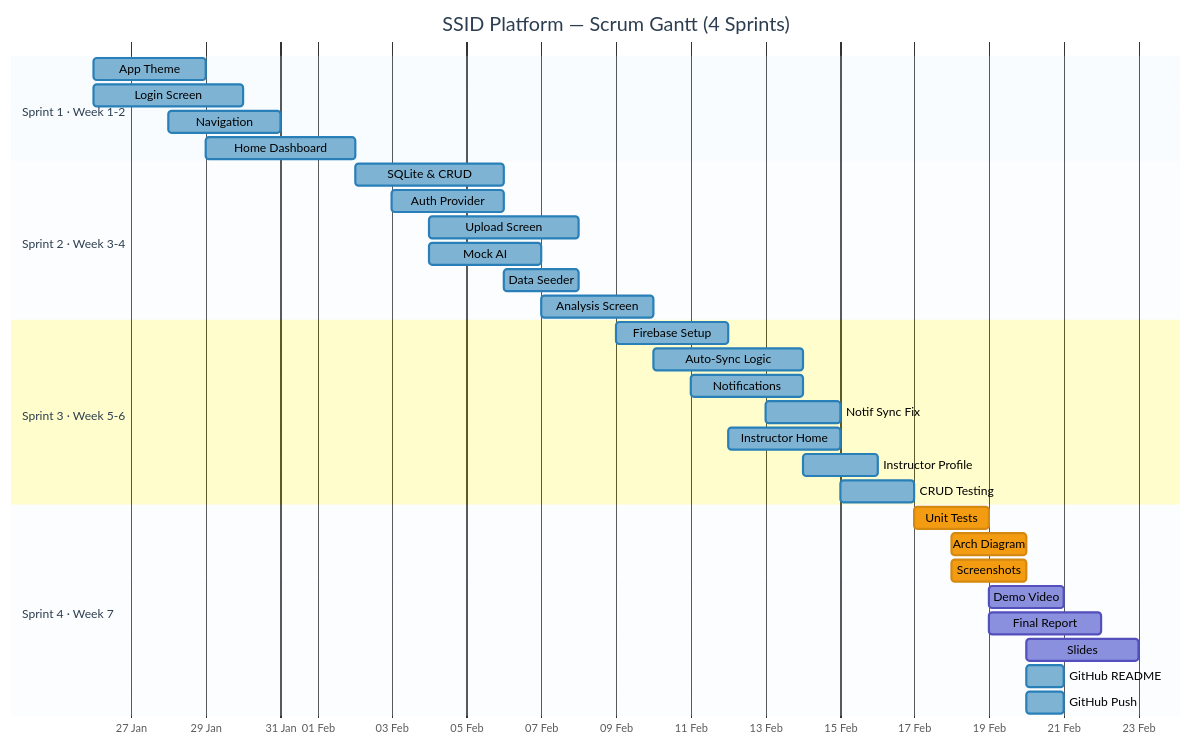
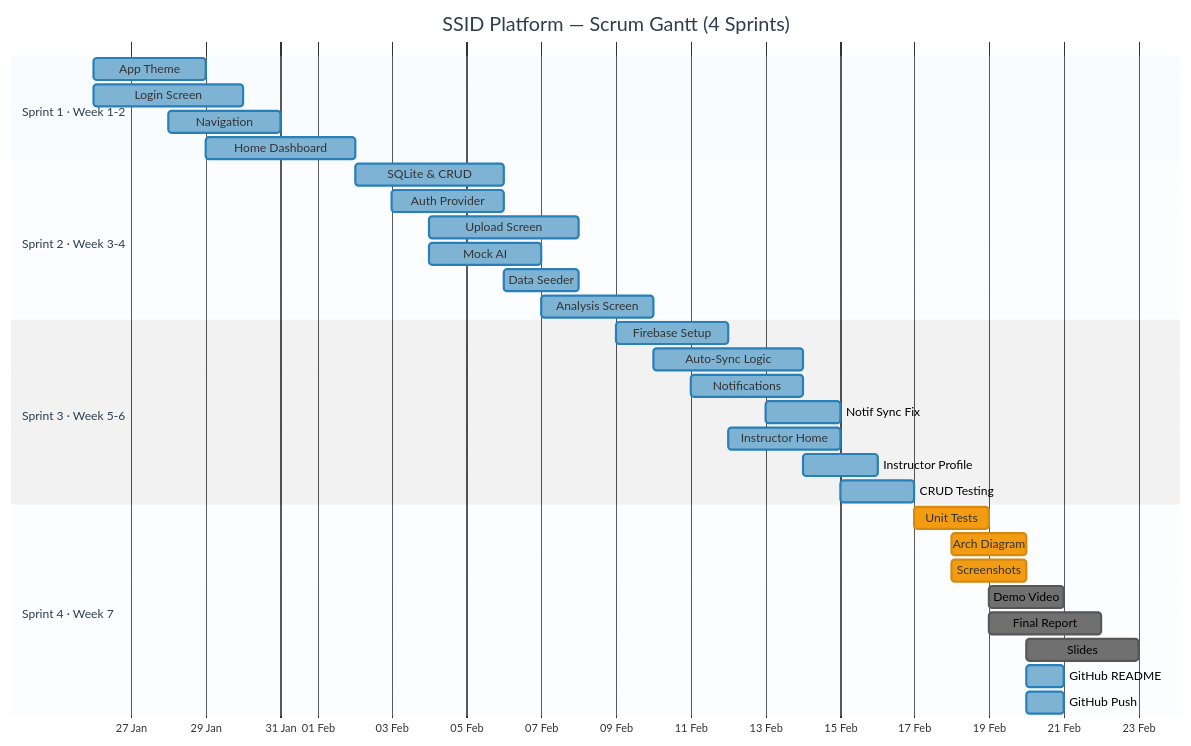
Before and after one commit to Apinan1234/ssid_app_v2-: the diagram in docs/gantt_scrum.md, drawn with Mermaid.

Commit message:
Fix: Gantt use theme neutral with white background (#ffffff) to override dark mode

````diff
--- a/docs/gantt_scrum.md
+++ b/docs/gantt_scrum.md
@@ -10,40 +10,40 @@
 ```mermaid
-%%{init: { 'theme': 'default', 'themeVariables': { 'background': '#f5f6fa', 'primaryColor': '#4A90D9', 'primaryTextColor': '#000000', 'primaryBorderColor': '#2c5f8a', 'lineColor': '#2c3e50', 'secondaryColor': '#27ae60', 'tertiaryColor': '#8e44ad', 'taskTextColor': '#000000', 'taskTextOutsideColor': '#000000', 'taskTextLightColor': '#000000', 'sectionBkgColor': '#ddeeff', 'altSectionBkgColor': '#eef6ff', 'gridColor': '#bdc3c7', 'titleColor': '#2c3e50', 'doneTaskBkgColor': '#7fb3d3', 'doneTaskBorderColor': '#2980b9', 'activeTaskBkgColor': '#f39c12', 'activeTaskBorderColor': '#d68910' } } }%%
+%%{init: { 'theme': 'neutral', 'themeVariables': { 'background': '#ffffff', 'mainBkg': '#ffffff', 'primaryColor': '#4A90D9', 'primaryTextColor': '#000000', 'primaryBorderColor': '#2c5f8a', 'lineColor': '#2c3e50', 'secondaryColor': '#27ae60', 'tertiaryColor': '#8e44ad', 'taskTextColor': '#000000', 'taskTextOutsideColor': '#000000', 'taskTextLightColor': '#000000', 'sectionBkgColor': '#ddeeff', 'altSectionBkgColor': '#eef6ff', 'gridColor': '#bdc3c7', 'titleColor': '#2c3e50', 'doneTaskBkgColor': '#7fb3d3', 'doneTaskBorderColor': '#2980b9', 'activeTaskBkgColor': '#f39c12', 'activeTaskBorderColor': '#d68910', 'edgeLabelBackground': '#ffffff', 'clusterBkg': '#ffffff' } } }%%
 gantt
     title SSID Platform — Scrum Gantt (4 Sprints)
     dateFormat YYYY-MM-DD
     axisFormat %d %b
 
     section Sprint 1 · Week 1-2
     App Theme         :done, 2026-01-26, 3d
     Login Screen      :done, 2026-01-26, 4d
     Navigation        :done, 2026-01-28, 3d
     Home Dashboard    :done, 2026-01-29, 4d
 
     section Sprint 2 · Week 3-4
     SQLite & CRUD     :done, 2026-02-02, 4d
     Auth Provider     :done, 2026-02-03, 3d
     Upload Screen     :done, 2026-02-04, 4d
     Mock AI           :done, 2026-02-04, 3d
     Data Seeder       :done, 2026-02-06, 2d
     Analysis Screen   :done, 2026-02-07, 3d
 
     section Sprint 3 · Week 5-6
     Firebase Setup    :done, 2026-02-09, 3d
     Auto-Sync Logic   :done, 2026-02-10, 4d
     Notifications     :done, 2026-02-11, 3d
     Notif Sync Fix    :done, 2026-02-13, 2d
     Instructor Home   :done, 2026-02-12, 3d
     Instructor Profile:done, 2026-02-14, 2d
     CRUD Testing      :done, 2026-02-15, 2d
 
     section Sprint 4 · Week 7
     Unit Tests        :active, 2026-02-17, 2d
     Arch Diagram      :active, 2026-02-18, 2d
     Screenshots       :active, 2026-02-18, 2d
     Demo Video        :2026-02-19, 2d
     Final Report      :2026-02-19, 3d
     Slides            :2026-02-20, 3d
     GitHub README     :done, 2026-02-20, 1d
     GitHub Push       :done, 2026-02-20, 1d
 ```
````
